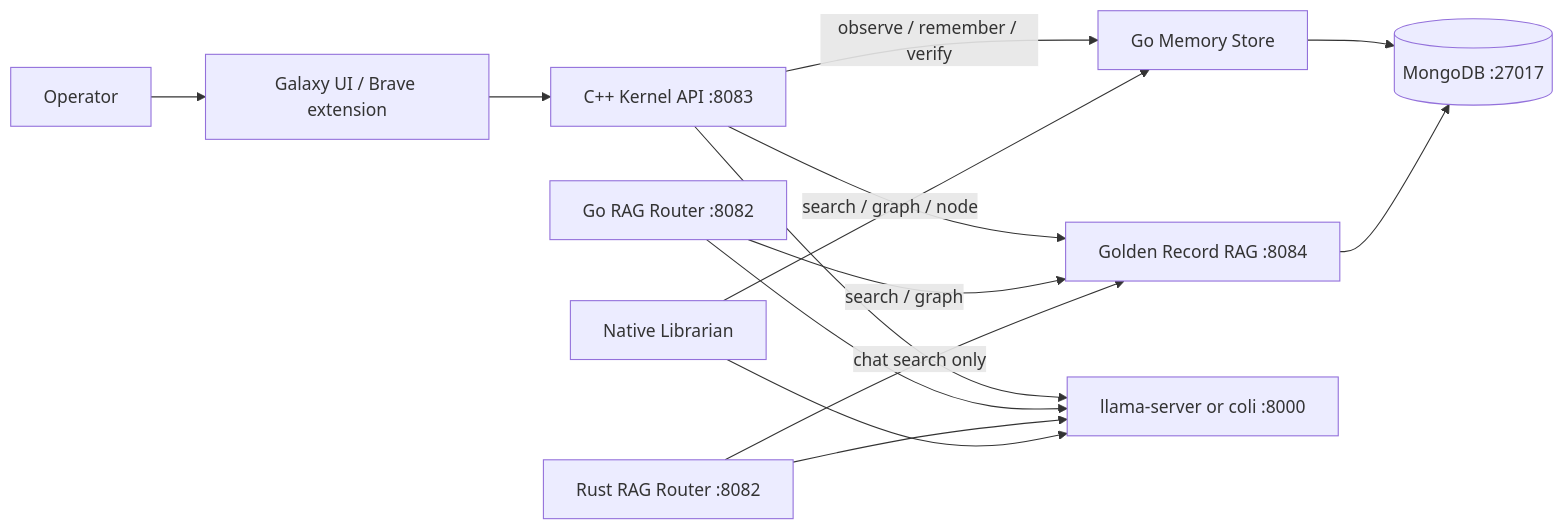
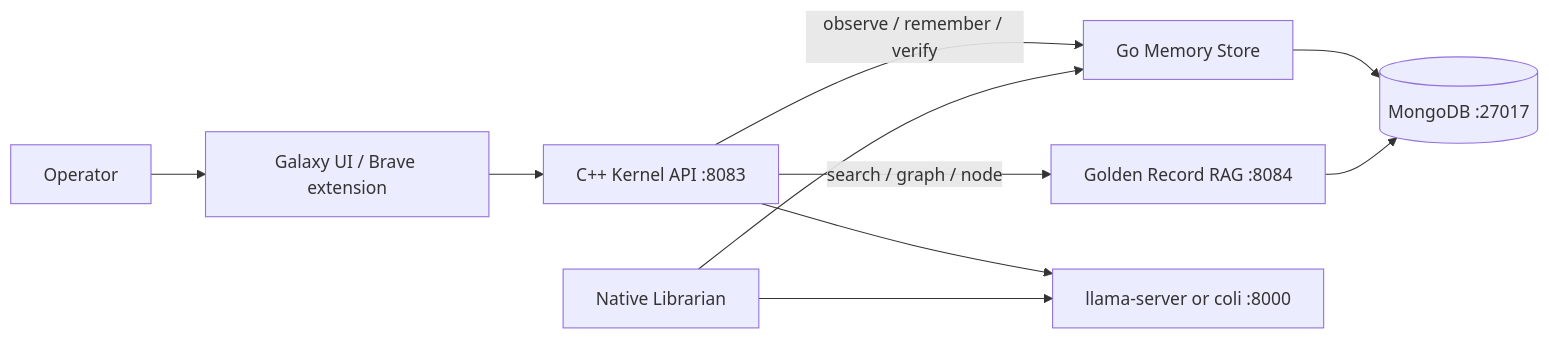
One commit to usrname1git/GodBrain changed the diagram in ARCHITECTURE.md. Above: the diagram before and after it, drawn with Mermaid. The commit also changed other lines of this file and 9 other files, not shown here.

First line of the commit message:
Split architecture docs by summary, current, next, future, setup, and reference.

````diff
--- a/ARCHITECTURE.md
+++ b/ARCHITECTURE.md
@@ -94,27 +34,21 @@
 ```mermaid
 flowchart LR
     Operator[Operator]
     UI[Galaxy UI / Brave extension]
     Kernel[C++ Kernel API :8083]
-    GoRouter[Go RAG Router :8082]
-    RustRouter[Rust RAG Router :8082]
     Mongo[(MongoDB :27017)]
     Librarian[Native Librarian]
     Memory[Go Memory Store]
     RAG[Golden Record RAG :8084]
     Mouth[llama-server or coli :8000]
 
     Operator --> UI
     UI --> Kernel
     Kernel -->|search / graph / node| RAG
     Kernel -->|observe / remember / verify| Memory
     Kernel --> Mouth
-    GoRouter -->|search / graph| RAG
-    GoRouter --> Mouth
-    RustRouter -->|chat search only| RAG
-    RustRouter --> Mouth
     Librarian --> Mouth
     Librarian --> Memory
     Memory --> Mongo
     RAG --> Mongo
 ```
````
